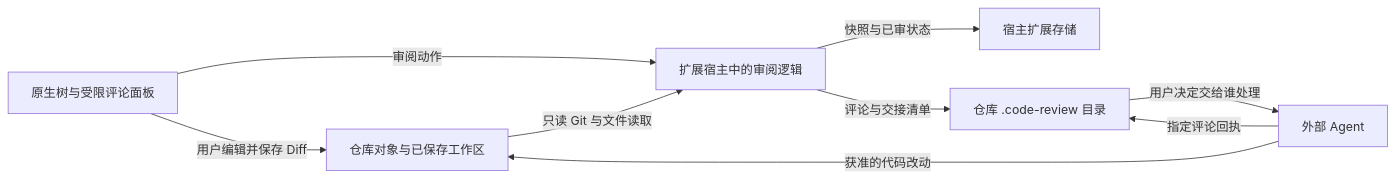
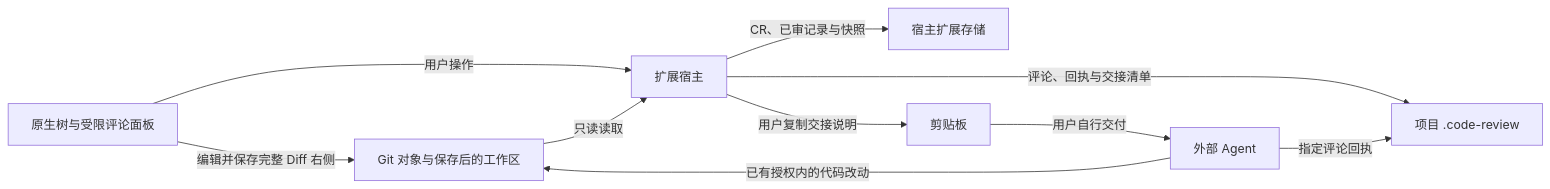
Before and after one commit to To-Re/review-slate: the diagram in docs/安全/README.md, drawn with Mermaid. The commit also changed other lines of this file and 30 other files, not shown here.

````diff
--- a/docs/安全/README.md
+++ b/docs/安全/README.md
@@ -11,11 +11,12 @@
 ```mermaid
 flowchart LR
-    Repo[仓库对象与已保存工作区] -->|只读 Git 与文件读取| Core[扩展宿主中的审阅逻辑]
-    UI[原生树与受限评论面板] -->|审阅动作| Core
-    Core -->|快照与已审状态| Store[宿主扩展存储]
-    Core -->|评论与交接清单| Notes[仓库 .code-review 目录]
-    UI -->|用户编辑并保存 Diff| Repo
-    Notes -->|用户决定交给谁处理| Agent[外部 Agent]
-    Agent -->|获准的代码改动| Repo
+    Repo[Git 对象与保存后的工作区] -->|只读读取| Core[扩展宿主]
+    UI[原生树与受限评论面板] -->|用户操作| Core
+    Core -->|CR、已审记录与快照| Store[宿主扩展存储]
+    Core -->|评论、回执与交接清单| Notes[项目 .code-review]
+    UI -->|编辑并保存完整 Diff 右侧| Repo
+    Core -->|用户复制交接说明| Clipboard[剪贴板]
+    Clipboard -->|用户自行交付| Agent[外部 Agent]
+    Agent -->|已有授权内的代码改动| Repo
     Agent -->|指定评论回执| Notes
 ```
````
